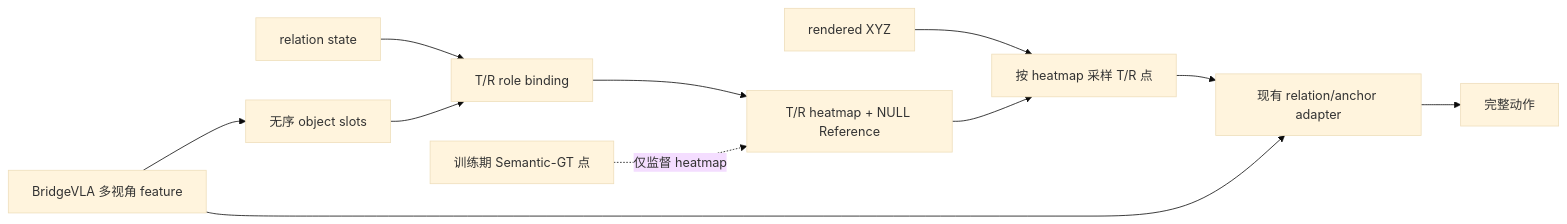
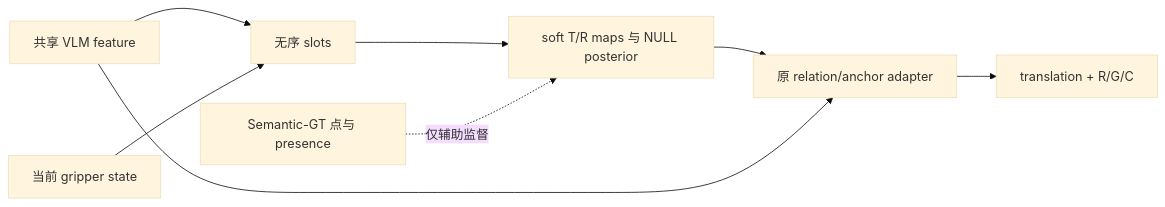
Before and after one commit to YW310/BridgeVLA: the diagram in docs/experiments/internal-object-slots.md, drawn with Mermaid (base theme). The commit also changed other lines of this file and 12 other files, not shown here.

Commit message:
docs: streamline object relation design and workflows

````diff
--- a/docs/experiments/internal-object-slots.md
+++ b/docs/experiments/internal-object-slots.md
@@ -8,13 +8,10 @@
 ```mermaid
 flowchart LR
-    F[BridgeVLA 多视角 feature] --> S[无序 object slots]
-    Q[relation state] --> B[T/R role binding]
-    S --> B
-    B --> H[T/R heatmap + NULL Reference]
-    X[rendered XYZ] --> P[按 heatmap 采样 T/R 点]
-    H --> P
-    P --> A[现有 relation/anchor adapter]
+    F[共享 VLM feature] --> S[无序 slots]
+    C[当前 gripper state] --> S
+    S --> R[soft T/R maps 与 NULL posterior]
+    R --> A[原 relation/anchor adapter]
     F --> A
-    A --> Y[完整动作]
-    G[训练期 Semantic-GT 点] -.仅监督 heatmap.-> H
+    A --> Y[translation + R/G/C]
+    G[Semantic-GT 点与 presence] -.仅辅助监督.-> R
 ```
````
